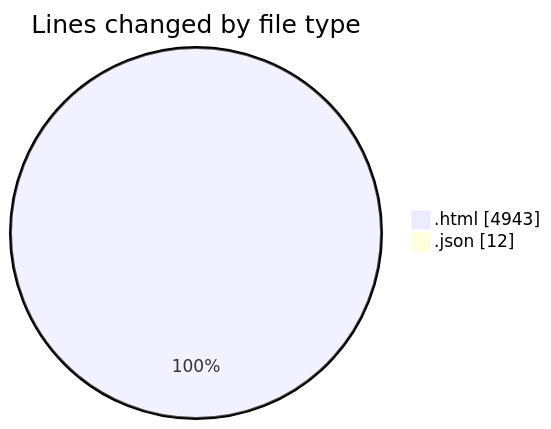
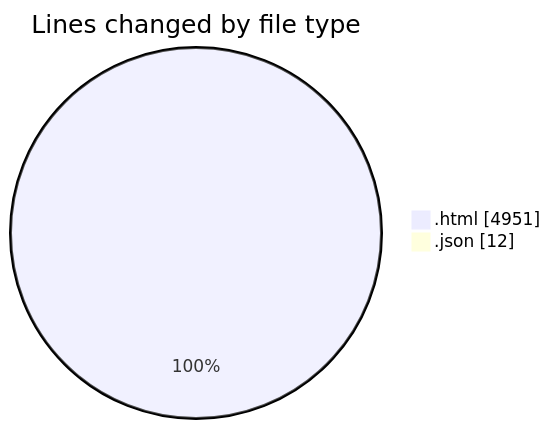
One commit to momahboobian/code-tracking changed the first of 2 diagrams in 2026-05-21/pdf_invoice/README.md. Above: the diagram before and after it, drawn with Mermaid. The commit also changed other lines of this file and 1 other file, not shown here.

````diff
--- a/2026-05-21/pdf_invoice/README.md
+++ b/2026-05-21/pdf_invoice/README.md
@@ -26,6 +26,6 @@
 ```mermaid
 pie showData
 title Lines changed by file type
-".html" : 4943
+".html" : 4951
 ".json" : 12
 ```
````
